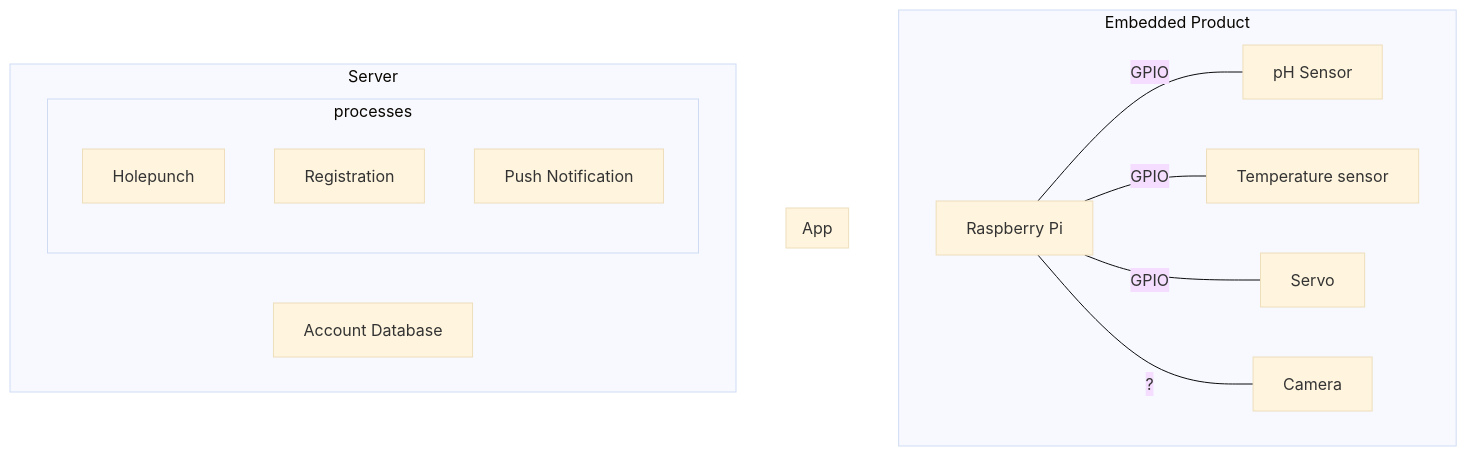
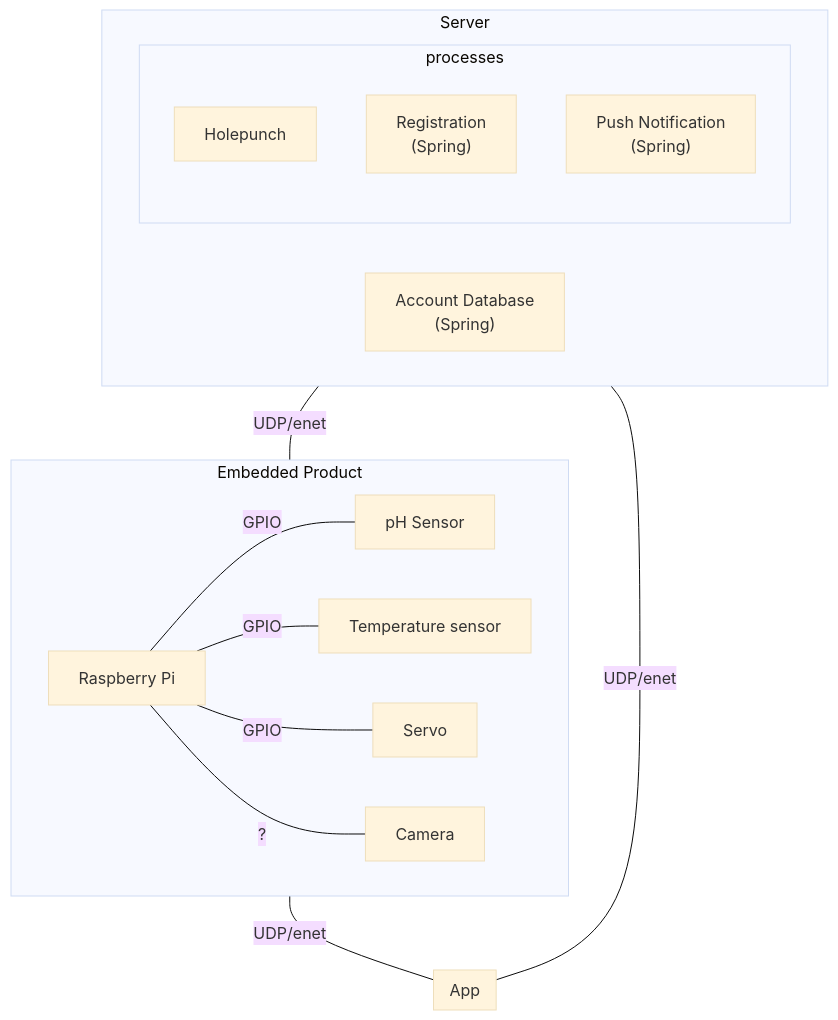
The diagram in diagrams/blocks.mmd (marc-deon/Oceanic-Onmifeeder), drawn with Mermaid (base theme) before and after one commit.

Commit message:
Updated mermaid diagrams

```diff
--- a/diagrams/blocks.mmd
+++ b/diagrams/blocks.mmd
@@ -1,21 +1,25 @@
 flowchart TD
     
     subgraph embedded[Embedded Product]
         rpi[Raspberry Pi]
         rpi -- GPIO --- ph[pH Sensor]
         rpi -- GPIO --- temp[Temperature sensor]
         rpi -- GPIO --- servo[Servo]
         rpi -- ? --- camera[Camera]
     end
 
     subgraph app[App]
     end
 
     subgraph server[Server]
         subgraph processes
-            Holepunch
-            Registration
-            pushnotification[Push Notification]
+            Holepunch["Holepunch"]
+            Registration["Registration\n(Spring)"]
+            pushnotification["Push Notification\n(Spring)"]
         end
-        Database[Account Database]
+        Database["Account Database\n(Spring)"]
     end
+    
+    embedded -- UDP/enet --- app
+    server -- UDP/enet --- app
+    server -- UDP/enet --- embedded
```
